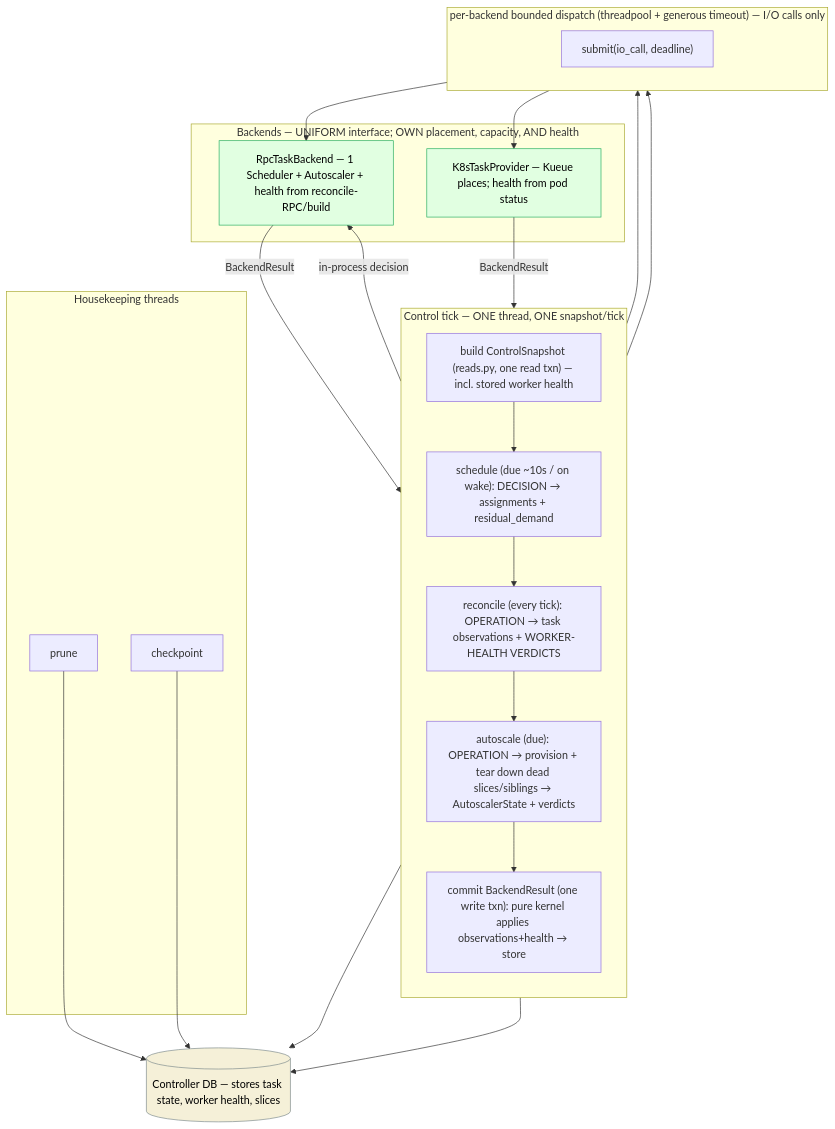
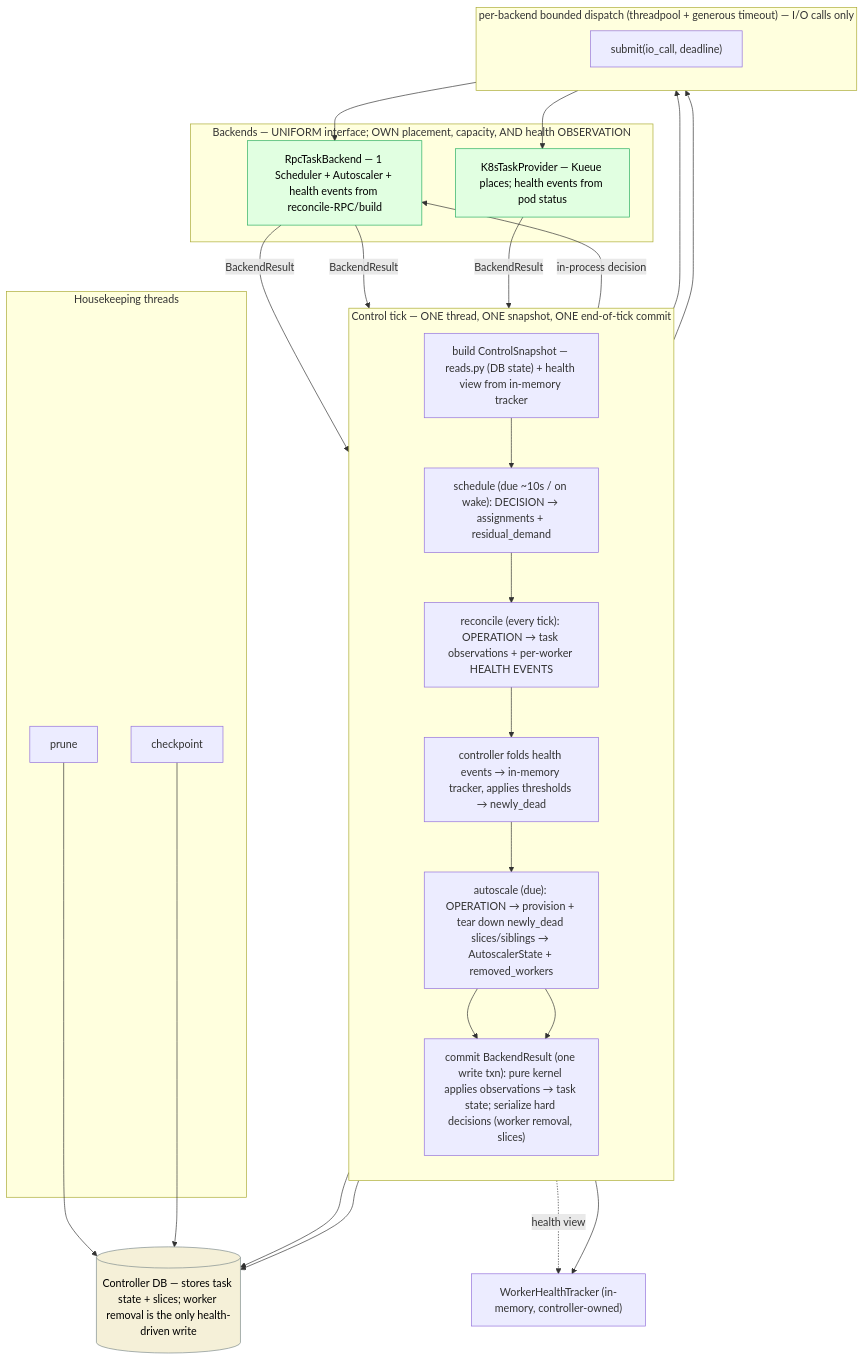
One commit to marin-community/marin changed the second of 2 diagrams in docs/plans/tighten-iris-control-boundaries-multi-backend-readiness.md. Above: the diagram before and after it, drawn with Mermaid. The commit also changed other lines of this file, not shown here.

First line of the commit message:
[iris] Plan: health stays in-memory (controller-owned), end-of-tick commit

````diff
--- a/docs/plans/tighten-iris-control-boundaries-multi-backend-readiness.md
+++ b/docs/plans/tighten-iris-control-boundaries-multi-backend-readiness.md
@@ -127,43 +135,49 @@
 ```mermaid
 flowchart TB
     classDef good fill:#e1ffe1,stroke:#27ae60,color:#000;
     classDef store fill:#f5f0d8,stroke:#7f8c8d,color:#000;
 
-    subgraph TICK["Control tick — ONE thread, ONE snapshot/tick"]
+    subgraph TICK["Control tick — ONE thread, ONE snapshot, ONE end-of-tick commit"]
         direction TB
-        S0["build ControlSnapshot (reads.py, one read txn) — incl. stored worker health"]
+        S0["build ControlSnapshot — reads.py (DB state) + health view from in-memory tracker"]
         S1["schedule (due ~10s / on wake): DECISION → assignments + residual_demand"]
-        S2["reconcile (every tick): OPERATION → task observations + WORKER-HEALTH VERDICTS"]
-        S3["autoscale (due): OPERATION → provision + tear down dead slices/siblings → AutoscalerState + verdicts"]
-        S4["commit BackendResult (one write txn): pure kernel applies observations+health → store"]
-        S0 --> S1 --> S2 --> S3 --> S4
+        S2["reconcile (every tick): OPERATION → task observations + per-worker HEALTH EVENTS"]
+        SH["controller folds health events → in-memory tracker, applies thresholds → newly_dead"]
+        S3["autoscale (due): OPERATION → provision + tear down newly_dead slices/siblings → AutoscalerState + removed_workers"]
+        S4["commit BackendResult (one write txn): pure kernel applies observations → task state; serialize hard decisions (worker removal, slices)"]
+        S0 --> S1 --> S2 --> SH --> S3 --> S4
     end
 
     subgraph HK["Housekeeping threads"]
         P["prune"]
         C["checkpoint"]
     end
 
-    DB[("Controller DB — stores task state, worker health, slices")]:::store
+    DB[("Controller DB — stores task state + slices; worker removal is the only health-driven write")]:::store
+    HT["WorkerHealthTracker (in-memory, controller-owned)"]
 
     subgraph BD["per-backend bounded dispatch (threadpool + generous timeout) — I/O calls only"]
         D["submit(io_call, deadline)"]
     end
 
-    subgraph BK["Backends — UNIFORM interface; OWN placement, capacity, AND health"]
-        RPCB["RpcTaskBackend — 1 Scheduler + Autoscaler + health from reconcile-RPC/build"]:::good
-        K8S["K8sTaskProvider — Kueue places; health from pod status"]:::good
+    subgraph BK["Backends — UNIFORM interface; OWN placement, capacity, AND health OBSERVATION"]
+        RPCB["RpcTaskBackend — 1 Scheduler + Autoscaler + health events from reconcile-RPC/build"]:::good
+        K8S["K8sTaskProvider — Kueue places; health events from pod status"]:::good
     end
 
     S0 --> DB
+    S0 -.->|"health view"| HT
     S1 -->|"in-process decision"| RPCB
     S2 --> BD
+    SH --> HT
     S3 --> BD
     BD --> RPCB
     BD --> K8S
-    RPCB -->|"BackendResult"| S4
-    K8S -->|"BackendResult"| S4
+    RPCB -->|"BackendResult"| S2
+    RPCB -->|"BackendResult"| S3
+    K8S -->|"BackendResult"| S2
+    S3 --> S4
     S4 --> DB
     P --> DB
     C --> DB
 ```
````
